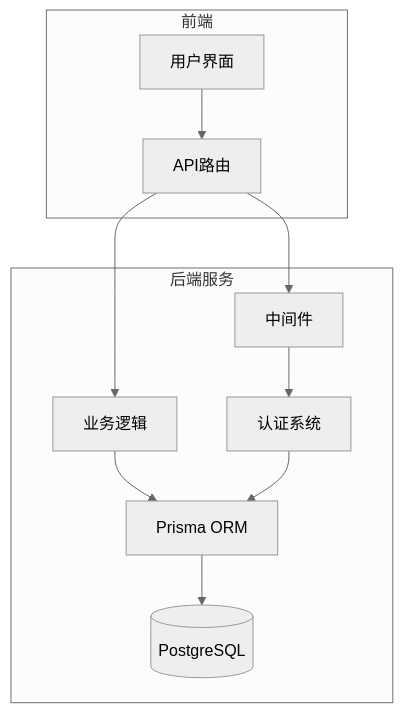
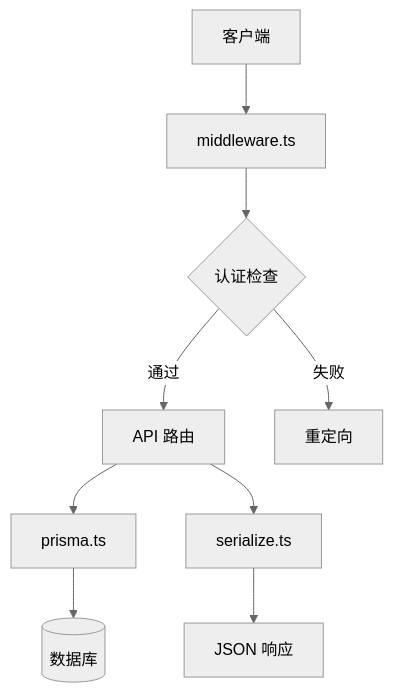
One commit to Eyre921/yunqi changed the second of 6 diagrams in .qoder/repowiki/zh/content/后端架构/后端架构.md. Above: the diagram before and after it, drawn with Mermaid (neutral theme). The commit also changed other lines of this file and 24 other files, not shown here.

````diff
--- a/.qoder/repowiki/zh/content/后端架构/后端架构.md
+++ b/.qoder/repowiki/zh/content/后端架构/后端架构.md
@@ -31,21 +78,11 @@
 ```mermaid
 graph TB
-subgraph "前端"
-UI[用户界面]
-APIRoute[API路由]
-end
-subgraph "后端服务"
-Middleware[中间件]
-Auth[认证系统]
-BusinessLogic[业务逻辑]
-Prisma[Prisma ORM]
-DB[(PostgreSQL)]
-end
-UI --> APIRoute
-APIRoute --> Middleware
-Middleware --> Auth
-APIRoute --> BusinessLogic
-BusinessLogic --> Prisma
-Prisma --> DB
-Auth --> Prisma
+Client[客户端] --> Middleware[middleware.ts]
+Middleware --> AuthCheck{认证检查}
+AuthCheck --> |通过| APIRoute[API 路由]
+AuthCheck --> |失败| Redirect[重定向]
+APIRoute --> Prisma[prisma.ts]
+Prisma --> DB[(数据库)]
+APIRoute --> Serialize[serialize.ts]
+Serialize --> Response[JSON 响应]
 ```
````
